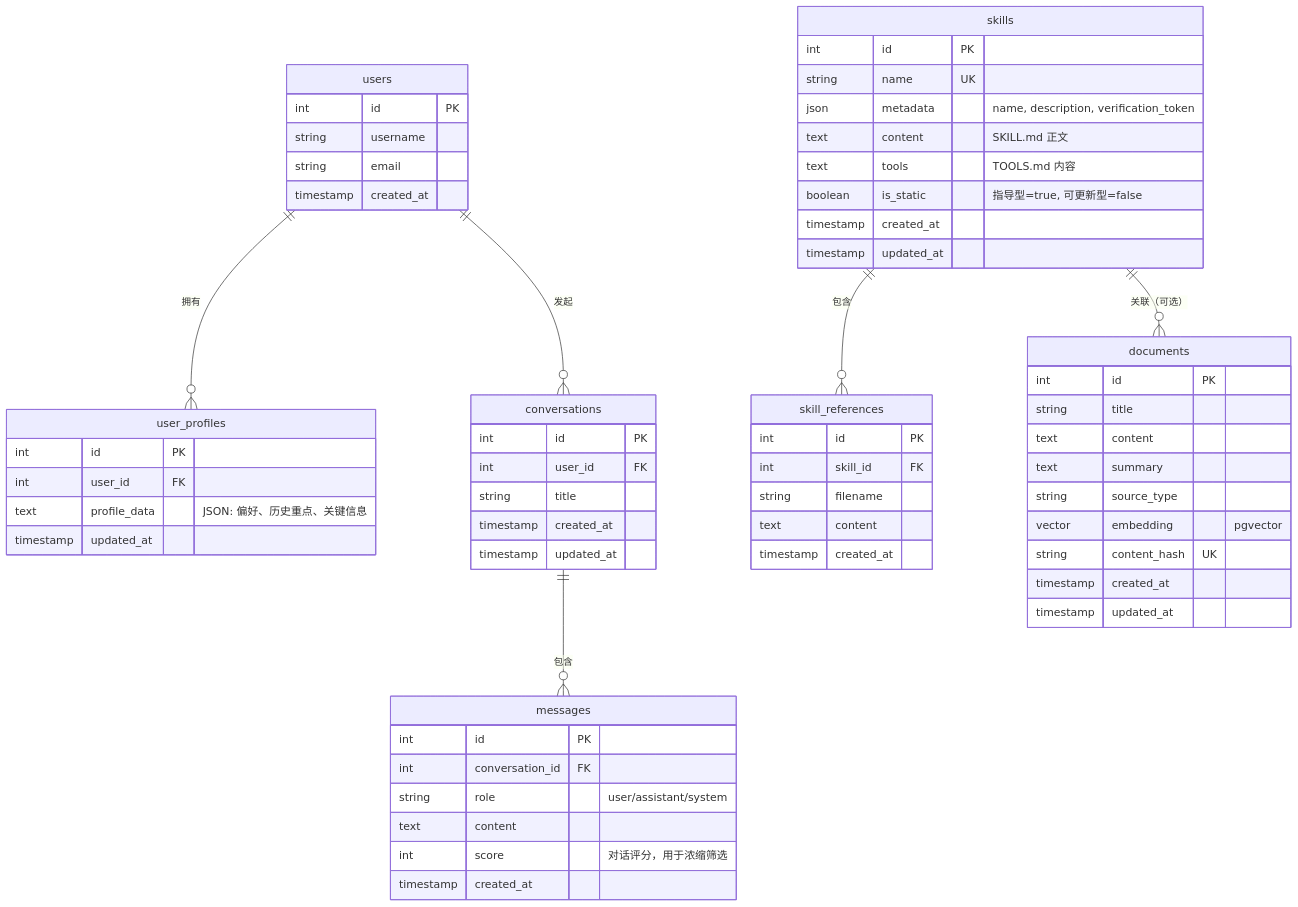
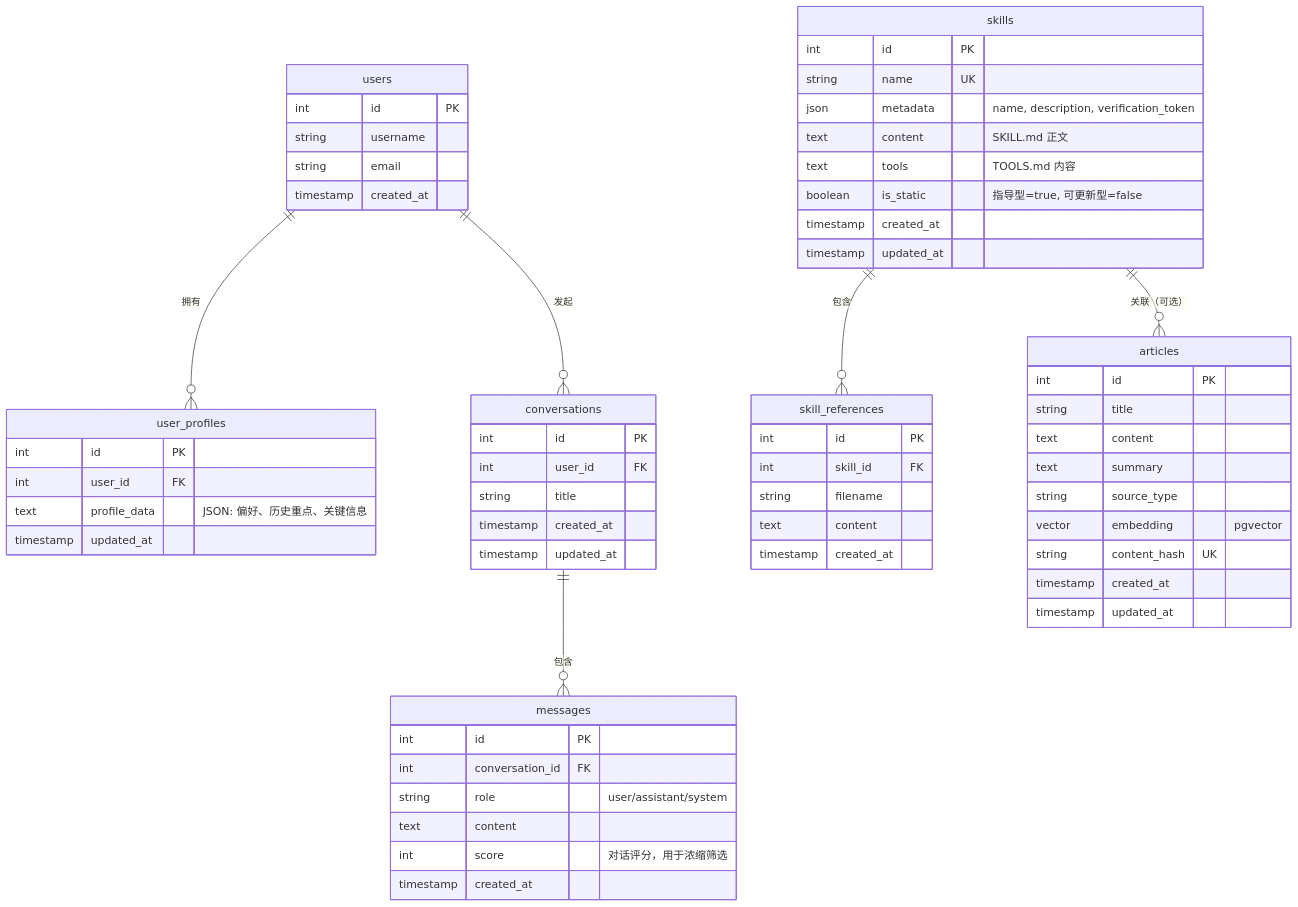
The third of 12 diagrams in ai_end_refactor/README.md (MEO-wj/OA_Reader_APP), drawn with Mermaid before and after one commit. The commit also changed other lines of this file and 48 other files, not shown here.

````diff
--- a/ai_end_refactor/README.md
+++ b/ai_end_refactor/README.md
@@ -241,71 +241,71 @@
 ```mermaid
 erDiagram
     users ||--o{ user_profiles : "拥有"
     users ||--o{ conversations : "发起"
     conversations ||--o{ messages : "包含"
 
     skills ||--o{ skill_references : "包含"
-    skills ||--o{ documents : "关联（可选）"
+    skills ||--o{ articles : "关联（可选）"
 
     users {
         int id PK
         string username
         string email
         timestamp created_at
     }
 
     user_profiles {
         int id PK
         int user_id FK
         text profile_data "JSON: 偏好、历史重点、关键信息"
         timestamp updated_at
     }
 
     conversations {
         int id PK
         int user_id FK
         string title
         timestamp created_at
         timestamp updated_at
     }
 
     messages {
         int id PK
         int conversation_id FK
         string role "user/assistant/system"
         text content
         int score "对话评分，用于浓缩筛选"
         timestamp created_at
     }
 
     skills {
         int id PK
         string name UK
         json metadata "name, description, verification_token"
         text content "SKILL.md 正文"
         text tools "TOOLS.md 内容"
         boolean is_static "指导型=true, 可更新型=false"
         timestamp created_at
         timestamp updated_at
     }
 
     skill_references {
         int id PK
         int skill_id FK
         string filename
         text content
         timestamp created_at
     }
 
-    documents {
+    articles {
         int id PK
         string title
         text content
         text summary
         string source_type
         vector embedding "pgvector"
         string content_hash UK
         timestamp created_at
         timestamp updated_at
     }
 ```
````
